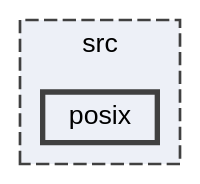
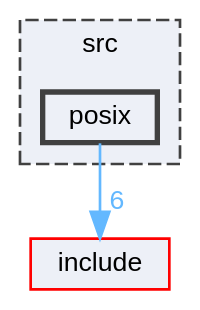
The diagram in dir_6887e9b46a560cfc03709f52ff768643_dep.dot (robinonsay/libjuno), drawn with Graphviz before and after one commit. The commit also changed 290 other files, not shown here.

```diff
--- a/dir_6887e9b46a560cfc03709f52ff768643_dep.dot
+++ b/dir_6887e9b46a560cfc03709f52ff768643_dep.dot
@@ -1,12 +1,14 @@
 digraph "/home/runner/work/libjuno/libjuno/src/posix"
 {
  // LATEX_PDF_SIZE
   bgcolor="transparent";
   edge [fontname=Helvetica,fontsize=10,labelfontname=Helvetica,labelfontsize=10];
   node [fontname=Helvetica,fontsize=10,shape=box,height=0.2,width=0.4];
   compound=true
   subgraph clusterdir_68267d1309a1af8e8297ef4c3efbcdba {
     graph [ bgcolor="#edf0f7", pencolor="grey25", label="src", fontname=Helvetica,fontsize=10 style="filled,dashed", URL="dir_68267d1309a1af8e8297ef4c3efbcdba.html",tooltip=""]
   dir_6887e9b46a560cfc03709f52ff768643 [label="posix", fillcolor="#edf0f7", color="grey25", style="filled,bold", URL="dir_6887e9b46a560cfc03709f52ff768643.html",tooltip=""];
   }
+  dir_d44c64559bbebec7f509842c48db8b23 [label="include", fillcolor="#edf0f7", color="red", style="filled", URL="dir_d44c64559bbebec7f509842c48db8b23.html",tooltip=""];
+  dir_6887e9b46a560cfc03709f52ff768643->dir_d44c64559bbebec7f509842c48db8b23 [headlabel="6", labeldistance=1.5 headhref="dir_000007_000003.html" href="dir_000007_000003.html" color="steelblue1" fontcolor="steelblue1"];
 }
```
